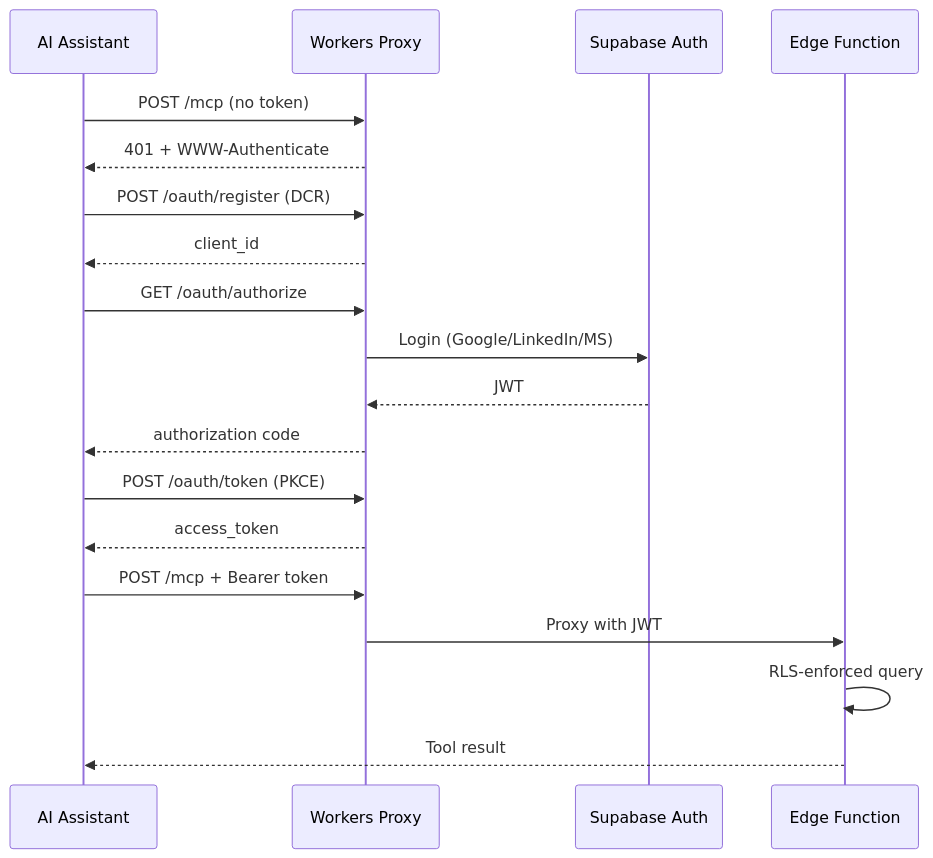
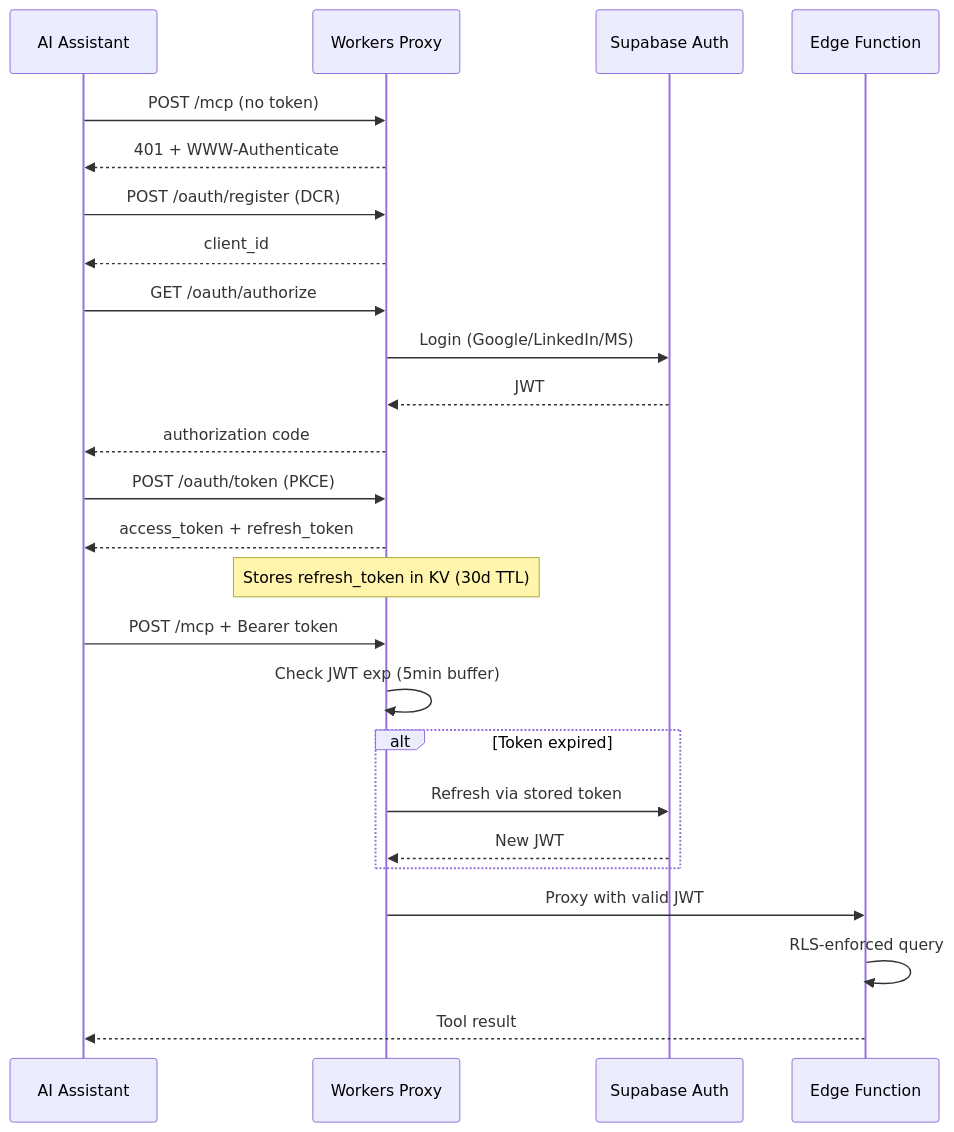
Before and after one commit to VitorMRodovalho/ai-pm-research-hub: the second of 2 diagrams in README.md, drawn with Mermaid. The commit also changed other lines of this file and 7 other files, not shown here.

First line of the commit message:
feat: server-side MCP auto-refresh — transparent token renewal for 30-day sessions

````diff
--- a/README.md
+++ b/README.md
@@ -129,22 +129,28 @@
 ```mermaid
 sequenceDiagram
     participant User as AI Assistant
     participant W as Workers Proxy
     participant S as Supabase Auth
     participant EF as Edge Function
 
     User->>W: POST /mcp (no token)
     W-->>User: 401 + WWW-Authenticate
     User->>W: POST /oauth/register (DCR)
     W-->>User: client_id
     User->>W: GET /oauth/authorize
     W->>S: Login (Google/LinkedIn/MS)
     S-->>W: JWT
     W-->>User: authorization code
     User->>W: POST /oauth/token (PKCE)
-    W-->>User: access_token
+    W-->>User: access_token + refresh_token
+    Note over W: Stores refresh_token in KV (30d TTL)
     User->>W: POST /mcp + Bearer token
-    W->>EF: Proxy with JWT
+    W->>W: Check JWT exp (5min buffer)
+    alt Token expired
+        W->>S: Refresh via stored token
+        S-->>W: New JWT
+    end
+    W->>EF: Proxy with valid JWT
     EF->>EF: RLS-enforced query
     EF-->>User: Tool result
 ```
````
